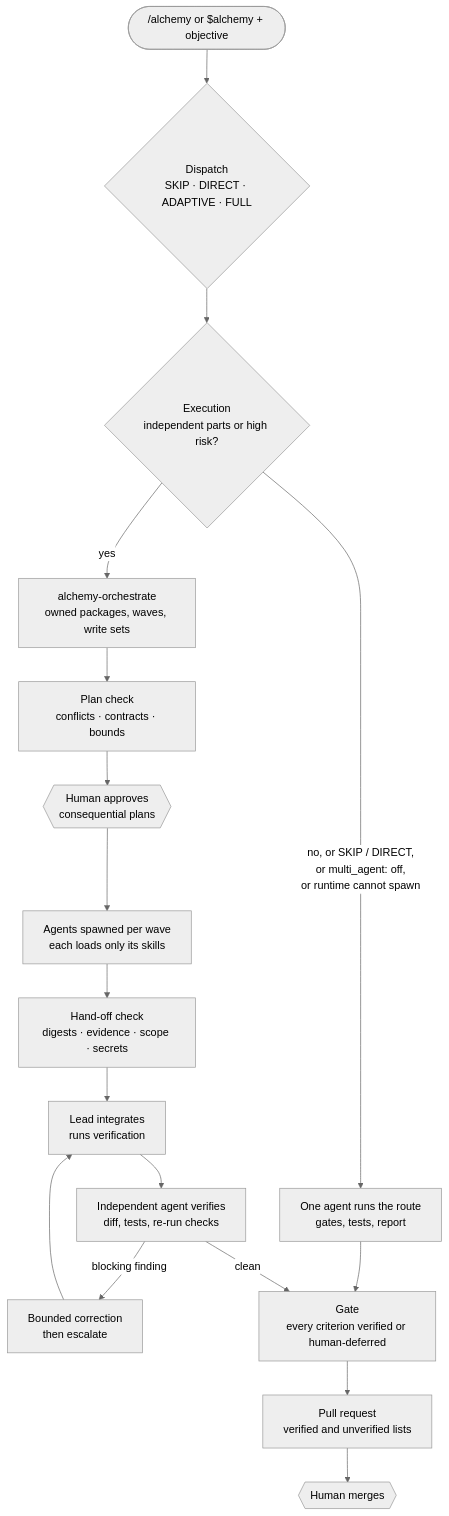
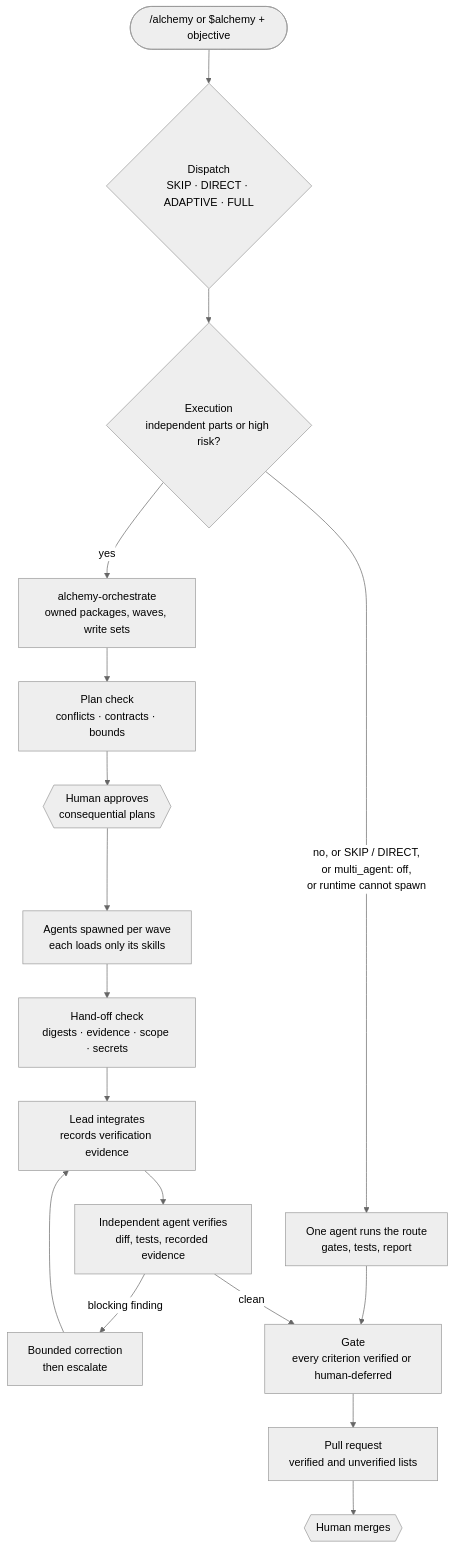
One commit to l-gevity/l-gevity-skills changed the first of 2 diagrams in README.md. Above: the diagram before and after it, drawn with Mermaid (neutral theme). The commit also changed 23 other files, not shown here.

````diff
--- a/README.md
+++ b/README.md
@@ -193,25 +193,25 @@
 ```mermaid
 flowchart TD
     Objective(["/alchemy or $alchemy + objective"])
     Dispatch{"Dispatch<br/>SKIP · DIRECT · ADAPTIVE · FULL"}
     Exec{"Execution<br/>independent parts or high risk?"}
     Single["One agent runs the route<br/>gates, tests, report"]
     Plan["alchemy-orchestrate<br/>owned packages, waves, write sets"]
     PlanCheck["Plan check<br/>conflicts · contracts · bounds"]
     Approve1{{"Human approves<br/>consequential plans"}}
     Agents["Agents spawned per wave<br/>each loads only its skills"]
     Handoff["Hand-off check<br/>digests · evidence · scope · secrets"]
-    Integrate["Lead integrates<br/>runs verification"]
-    Review["Independent agent verifies<br/>diff, tests, re-run checks"]
+    Integrate["Lead integrates<br/>records verification evidence"]
+    Review["Independent agent verifies<br/>diff, tests, recorded evidence"]
     Fix["Bounded correction<br/>then escalate"]
     Gate["Gate<br/>every criterion verified or human-deferred"]
     PR["Pull request<br/>verified and unverified lists"]
     Merge{{"Human merges"}}
 
     Objective --> Dispatch --> Exec
     Exec -- "no, or SKIP / DIRECT,<br/>or multi_agent: off,<br/>or runtime cannot spawn" --> Single --> Gate
     Exec -- "yes" --> Plan --> PlanCheck --> Approve1 --> Agents --> Handoff --> Integrate --> Review
     Review -- "blocking finding" --> Fix --> Integrate
     Review -- "clean" --> Gate
     Gate --> PR --> Merge
 ```
````
